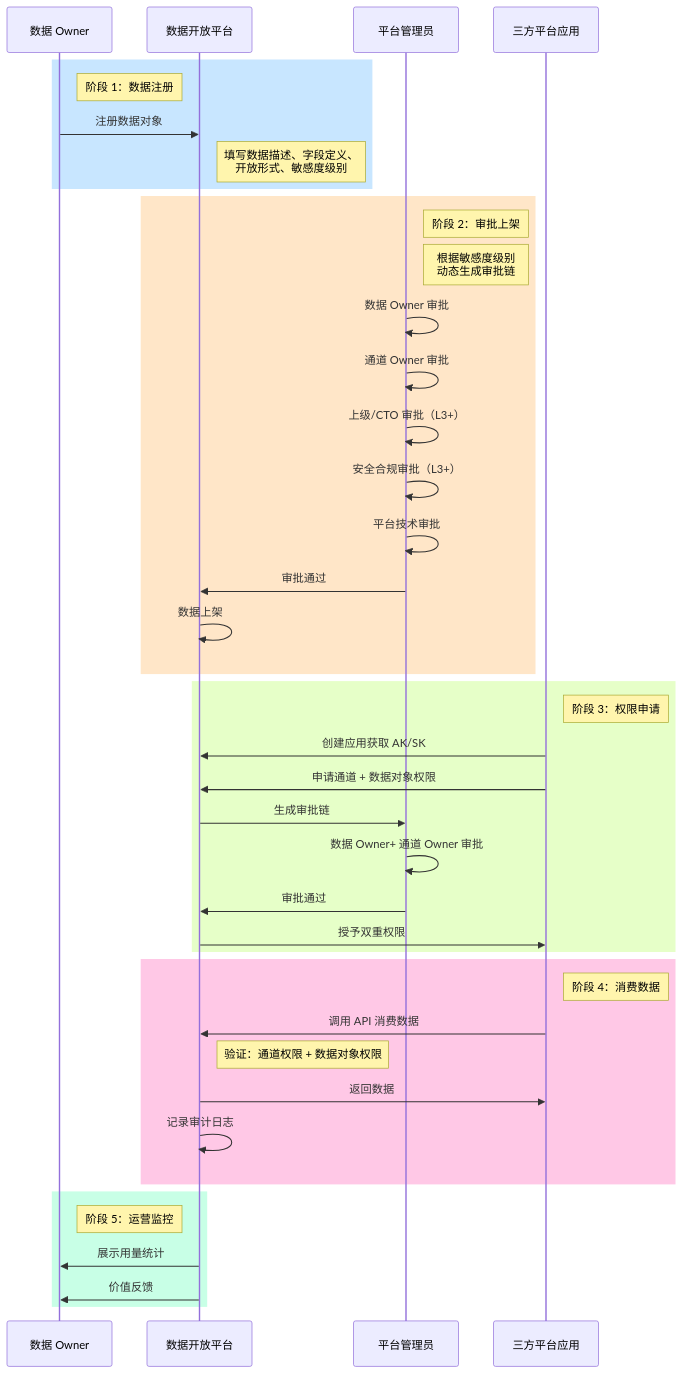
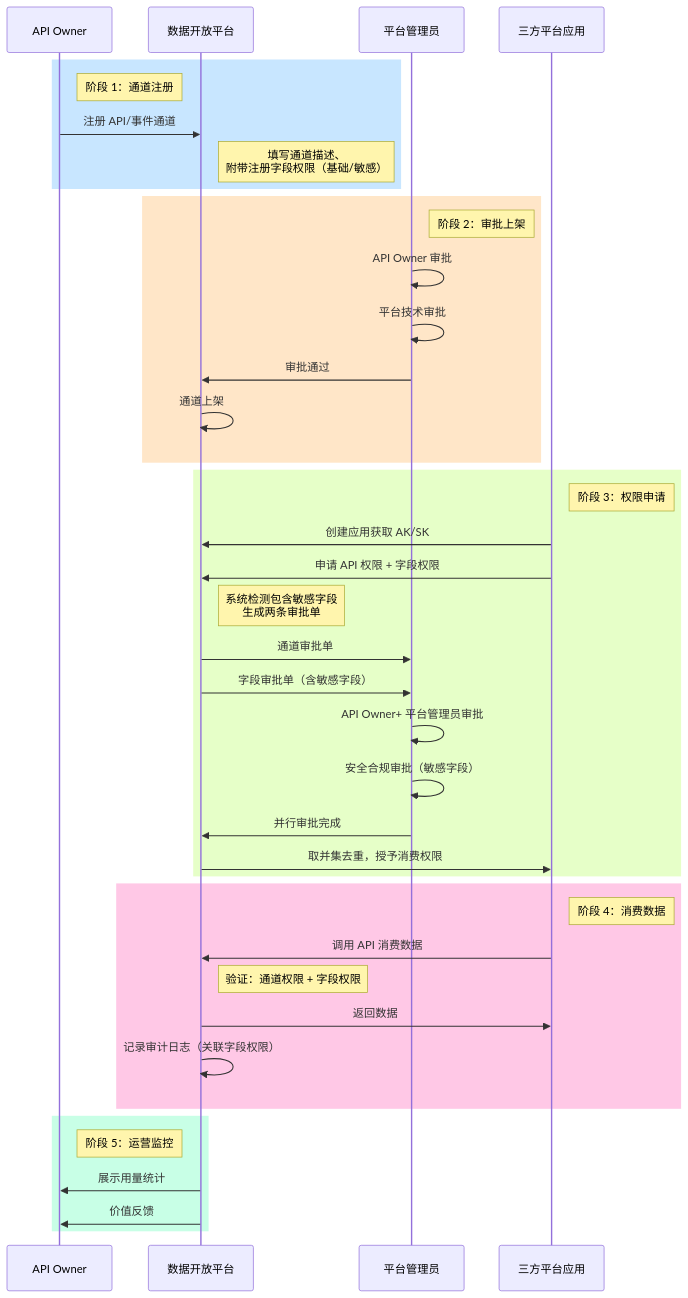
The seventh of 13 diagrams in open-app/.sdd/specs-tree-root/specs-tree-data-open-platform/discovery-report.md (THZSummer/Product), drawn with Mermaid before and after one commit. The commit also changed other lines of this file and 2 other files, not shown here.

````diff
--- a/open-app/.sdd/specs-tree-root/specs-tree-data-open-platform/discovery-report.md
+++ b/open-app/.sdd/specs-tree-root/specs-tree-data-open-platform/discovery-report.md
@@ -304,49 +304,48 @@
 ```mermaid
 sequenceDiagram
-    participant Owner as 数据 Owner
+    participant AOwner as API Owner
     participant Platform as 数据开放平台
     participant Admin as 平台管理员
     participant Consumer as 三方平台应用
     
     rect rgb(200, 230, 255)
-        note right of Owner: 阶段 1：数据注册
-        Owner->>Platform: 注册数据对象
-        note right of Platform: 填写数据描述、字段定义、<br/>开放形式、敏感度级别
+        note right of AOwner: 阶段 1：通道注册
+        AOwner->>Platform: 注册 API/事件通道
+        note right of Platform: 填写通道描述、<br/>附带注册字段权限（基础/敏感）
     end
     
     rect rgb(255, 230, 200)
         note right of Admin: 阶段 2：审批上架
-        note right of Admin: 根据敏感度级别<br/>动态生成审批链
-        Admin->>Admin: 数据 Owner 审批
-        Admin->>Admin: 通道 Owner 审批
-        Admin->>Admin: 上级/CTO 审批（L3+）
-        Admin->>Admin: 安全合规审批（L3+）
+        Admin->>Admin: API Owner 审批
         Admin->>Admin: 平台技术审批
         Admin->>Platform: 审批通过
-        Platform->>Platform: 数据上架
+        Platform->>Platform: 通道上架
     end
     
     rect rgb(230, 255, 200)
         note right of Consumer: 阶段 3：权限申请
         Consumer->>Platform: 创建应用获取 AK/SK
-        Consumer->>Platform: 申请通道 + 数据对象权限
-        Platform->>Admin: 生成审批链
-        Admin->>Admin: 数据 Owner+ 通道 Owner 审批
-        Admin->>Platform: 审批通过
-        Platform->>Consumer: 授予双重权限
+        Consumer->>Platform: 申请 API 权限 + 字段权限
+        note right of Platform: 系统检测包含敏感字段<br/>生成两条审批单
+        Platform->>Admin: 通道审批单
+        Platform->>Admin: 字段审批单（含敏感字段）
+        Admin->>Admin: API Owner+ 平台管理员审批
+        Admin->>Admin: 安全合规审批（敏感字段）
+        Admin->>Platform: 并行审批完成
+        Platform->>Consumer: 取并集去重，授予消费权限
     end
     
     rect rgb(255, 200, 230)
         note right of Consumer: 阶段 4：消费数据
         Consumer->>Platform: 调用 API 消费数据
-        note right of Platform: 验证：通道权限 + 数据对象权限
+        note right of Platform: 验证：通道权限 + 字段权限
         Platform->>Consumer: 返回数据
-        Platform->>Platform: 记录审计日志
+        Platform->>Platform: 记录审计日志（关联字段权限）
     end
     
     rect rgb(200, 255, 230)
-        note right of Owner: 阶段 5：运营监控
-        Platform->>Owner: 展示用量统计
-        Platform->>Owner: 价值反馈
+        note right of AOwner: 阶段 5：运营监控
+        Platform->>AOwner: 展示用量统计
+        Platform->>AOwner: 价值反馈
     end
 ```
````
